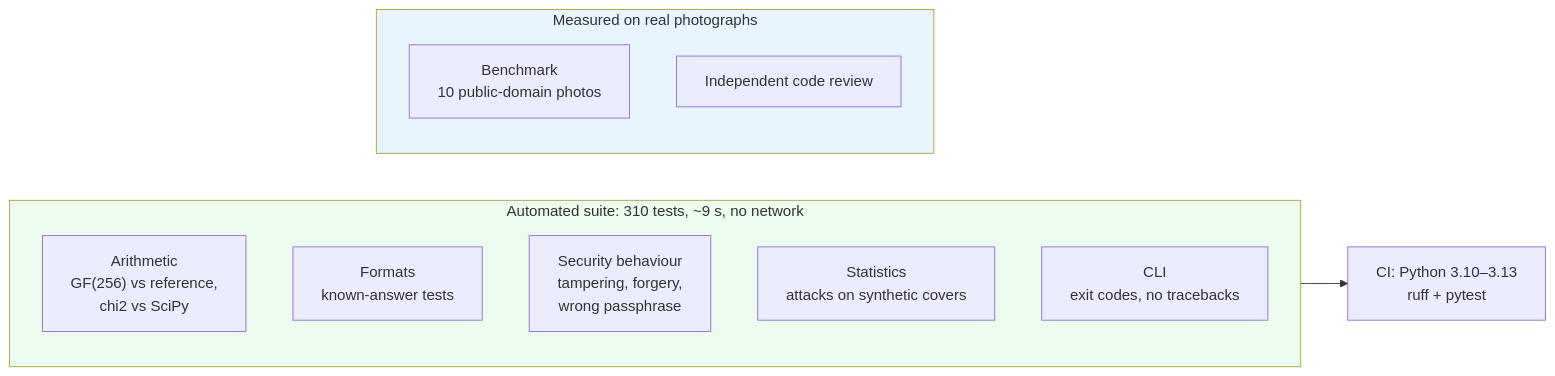
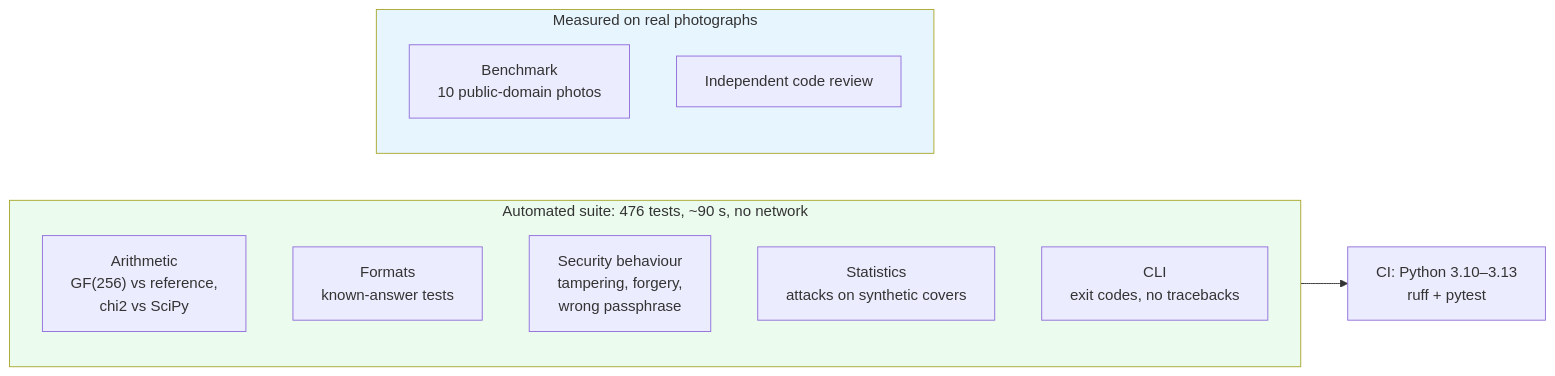
Before and after one commit to Just-Ipavon/shardpix: the seventh of 7 diagrams in docs/04-runtime-behaviour.md, drawn with Mermaid. The commit also changed other lines of this file and 4 other files, not shown here.

````diff
--- a/docs/04-runtime-behaviour.md
+++ b/docs/04-runtime-behaviour.md
@@ -310,20 +318,20 @@
 ```mermaid
 graph LR
-    subgraph offline["Automated suite: 310 tests, ~9 s, no network"]
+    subgraph offline["Automated suite: 476 tests, ~90 s, no network"]
         U1["Arithmetic<br/>GF(256) vs reference,<br/>chi2 vs SciPy"]
         U2["Formats<br/>known-answer tests"]
         U3["Security behaviour<br/>tampering, forgery,<br/>wrong passphrase"]
         U4["Statistics<br/>attacks on synthetic covers"]
         U5["CLI<br/>exit codes, no tracebacks"]
     end
 
     subgraph manual["Measured on real photographs"]
         M1["Benchmark<br/>10 public-domain photos"]
         M2["Independent code review"]
     end
 
     offline --> CI["CI: Python 3.10–3.13<br/>ruff + pytest"]
 
     style offline fill:#ebfbee
     style manual fill:#e7f5ff
 ```
````
